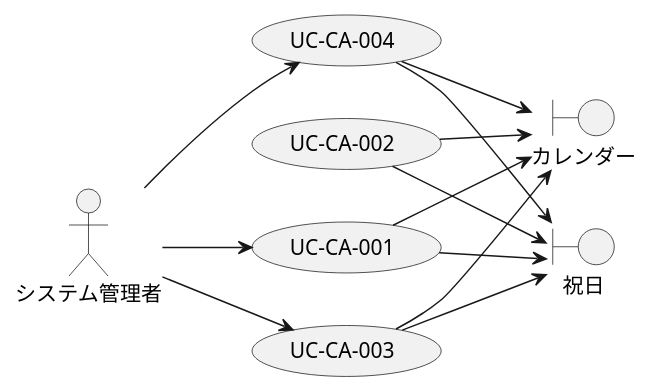
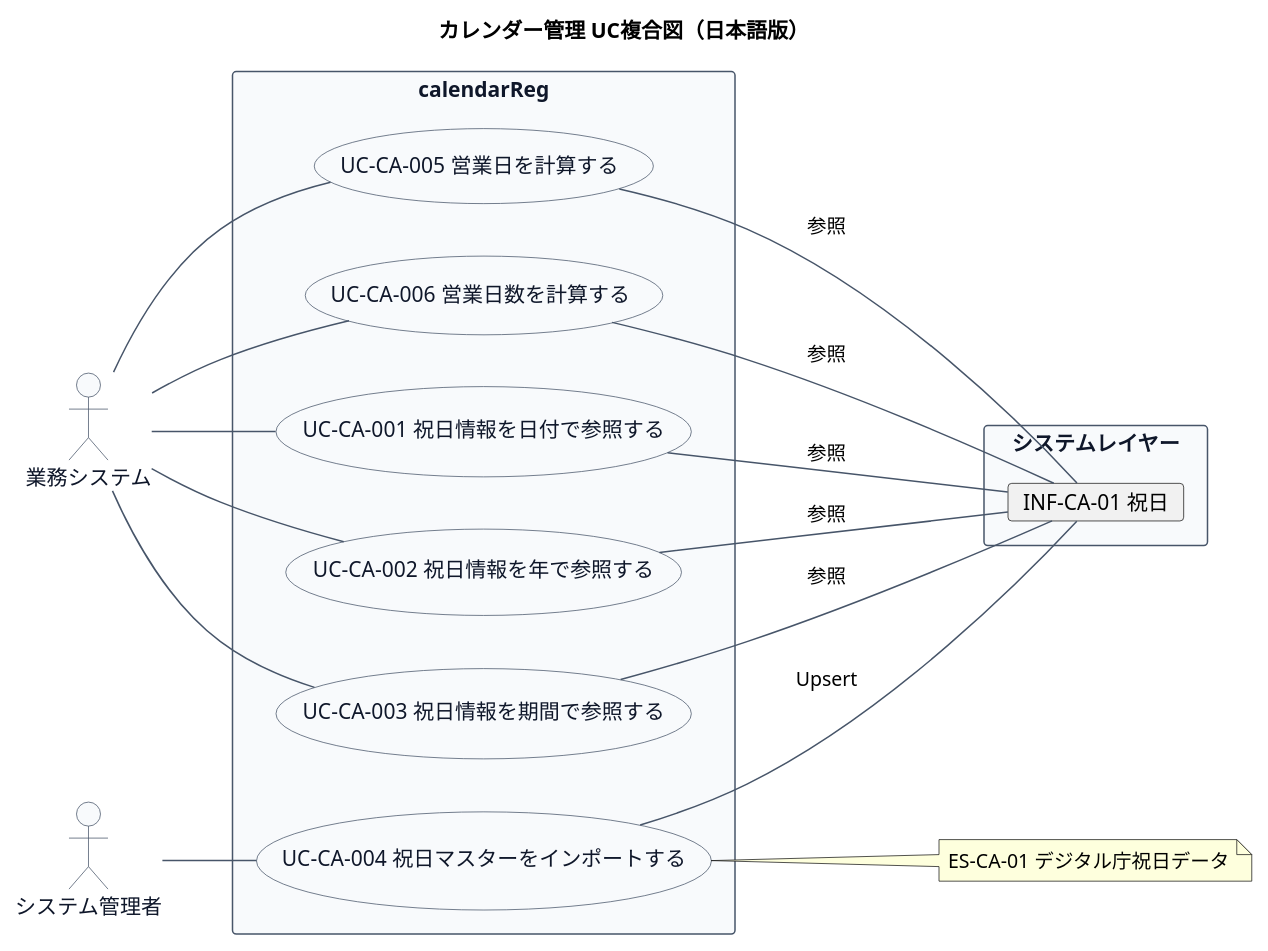
One commit to mizo432/modulith-learning changed the second of 2 diagrams in docs/22 要件定義書/CA カレンダーレジストリ/03 機能要件/CA-01 カレンダー管理/03.システム境界/UC複合図.md. Above: the diagram before and after it, drawn with PlantUML. The commit also changed other lines of this file and 74 other files, not shown here.

````diff
--- a/docs/22 要件定義書/CA カレンダーレジストリ/03 機能要件/CA-01 カレンダー管理/03.システム境界/UC複合図.md
+++ b/docs/22 要件定義書/CA カレンダーレジストリ/03 機能要件/CA-01 カレンダー管理/03.システム境界/UC複合図.md
@@ -5,26 +72,58 @@
+```plantuml
 @startuml
+title カレンダー管理 UC複合図（日本語版）
 left to right direction
 
-actor "システム管理者" as システム管理者
+skinparam usecase {
+  BackgroundColor #F8FAFC
+  BorderColor #475569
+  FontColor #0F172A
+}
+skinparam actor {
+  BackgroundColor #F8FAFC
+  BorderColor #475569
+  FontColor #0F172A
+}
+skinparam rectangle {
+  BackgroundColor #F8FAFC
+  BorderColor #475569
+  FontColor #0F172A
+}
+skinparam arrowColor #475569
+skinparam shadowing false
 
-usecase "UC-CA-001" as UC_CA_001
-usecase "UC-CA-003" as UC_CA_003
-usecase "UC-CA-004" as UC_CA_004
-usecase "UC-CA-002" as UC_CA_002
+actor "システム管理者" as Admin
+actor "業務システム" as BizSystem
 
-boundary "カレンダー" as CALENDAR
-boundary "祝日" as HOLIDAY
+rectangle "calendarReg" {
+  usecase "UC-CA-001 祝日情報を日付で参照する" as UC01
+  usecase "UC-CA-002 祝日情報を年で参照する" as UC02
+  usecase "UC-CA-003 祝日情報を期間で参照する" as UC03
+  usecase "UC-CA-004 祝日マスターをインポートする" as UC04
+  usecase "UC-CA-005 営業日を計算する" as UC05
+  usecase "UC-CA-006 営業日数を計算する" as UC06
+}
 
-システム管理者 --> UC_CA_001
-システム管理者 --> UC_CA_003
-システム管理者 --> UC_CA_004
+note "ES-CA-01 デジタル庁祝日データ" as ES01
 
-UC_CA_001 --> CALENDAR
-UC_CA_001 --> HOLIDAY
-UC_CA_003 --> CALENDAR
-UC_CA_003 --> HOLIDAY
-UC_CA_004 --> CALENDAR
-UC_CA_004 --> HOLIDAY
-UC_CA_002 --> CALENDAR
-UC_CA_002 --> HOLIDAY
+rectangle "システムレイヤー" {
+  card "INF-CA-01 祝日" as INF01
+}
+
+BizSystem -- UC01
+BizSystem -- UC02
+BizSystem -- UC03
+BizSystem -- UC05
+BizSystem -- UC06
+Admin -- UC04
+
+UC01 -- INF01 : 参照
+UC02 -- INF01 : 参照
+UC03 -- INF01 : 参照
+UC04 -- INF01 : Upsert
+UC05 -- INF01 : 参照
+UC06 -- INF01 : 参照
+UC04 ..> ES01 : CSVインポート
+
 @enduml
+```
````
